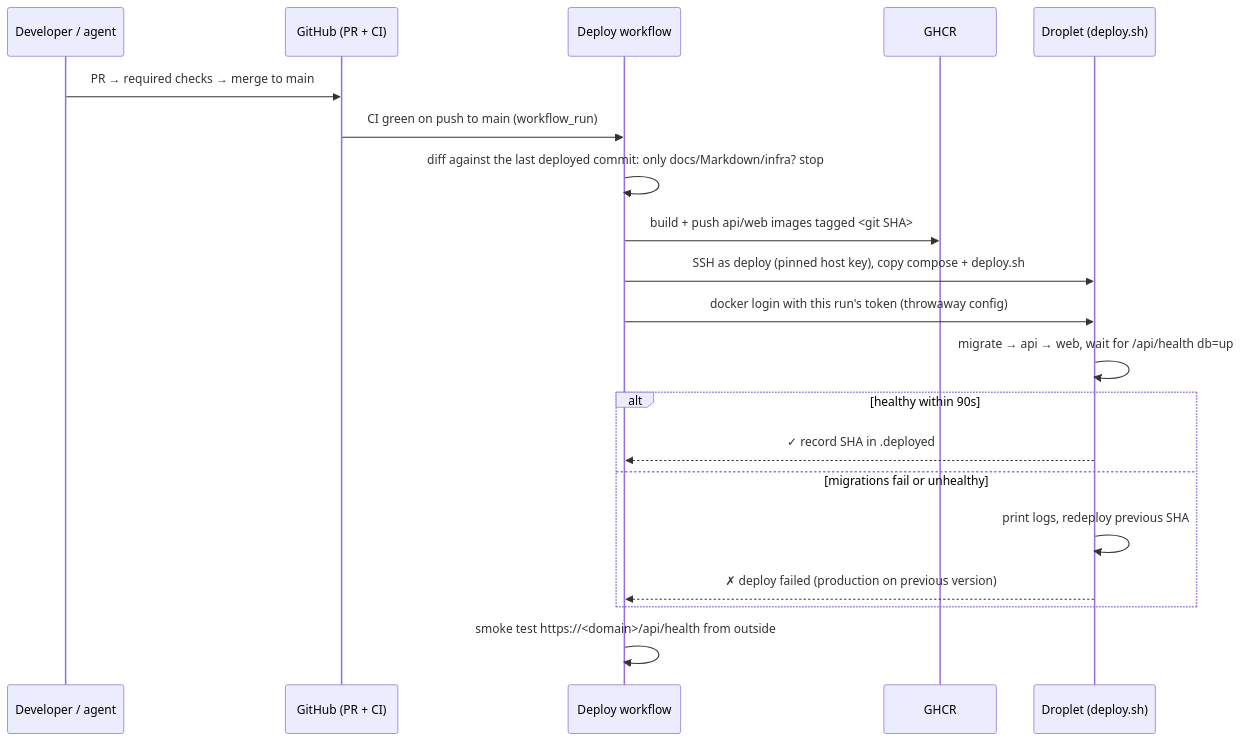
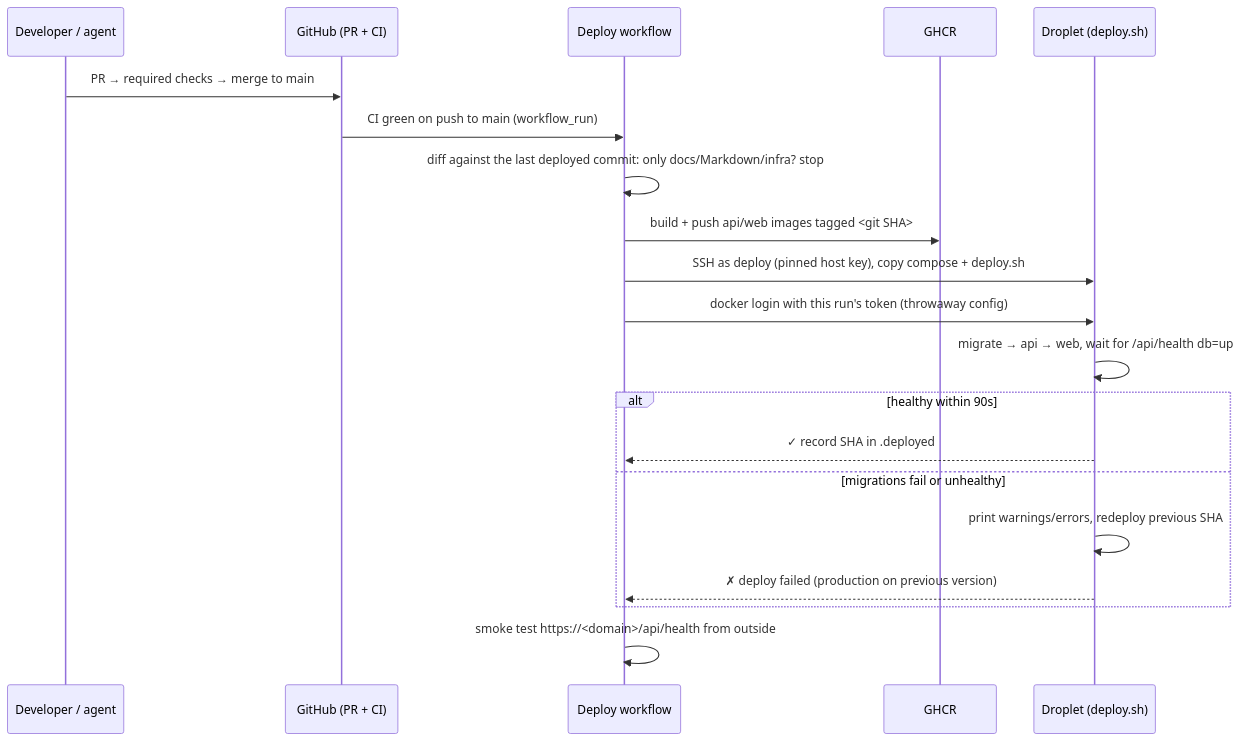
The seventh of 8 diagrams in docs/architecture.md (brianpatterson/roundtable), drawn with Mermaid before and after one commit. The commit also changed other lines of this file and 1 other file, not shown here.

First line of the commit message:
fix(deploy): print only warnings and errors when a deploy fails

````diff
--- a/docs/architecture.md
+++ b/docs/architecture.md
@@ -369,22 +372,22 @@
 ```mermaid
 sequenceDiagram
   participant Dev as Developer / agent
   participant GH as GitHub (PR + CI)
   participant D as Deploy workflow
   participant R as GHCR
   participant S as Droplet (deploy.sh)
   Dev->>GH: PR → required checks → merge to main
   GH->>D: CI green on push to main (workflow_run)
   D->>D: diff against the last deployed commit: only docs/Markdown/infra? stop
   D->>R: build + push api/web images tagged <git SHA>
   D->>S: SSH as deploy (pinned host key), copy compose + deploy.sh
   D->>S: docker login with this run's token (throwaway config)
   S->>S: migrate → api → web, wait for /api/health db=up
   alt healthy within 90s
     S-->>D: ✓ record SHA in .deployed
   else migrations fail or unhealthy
-    S->>S: print logs, redeploy previous SHA
+    S->>S: print warnings/errors, redeploy previous SHA
     S-->>D: ✗ deploy failed (production on previous version)
   end
   D->>D: smoke test https://<domain>/api/health from outside
 ```
````
